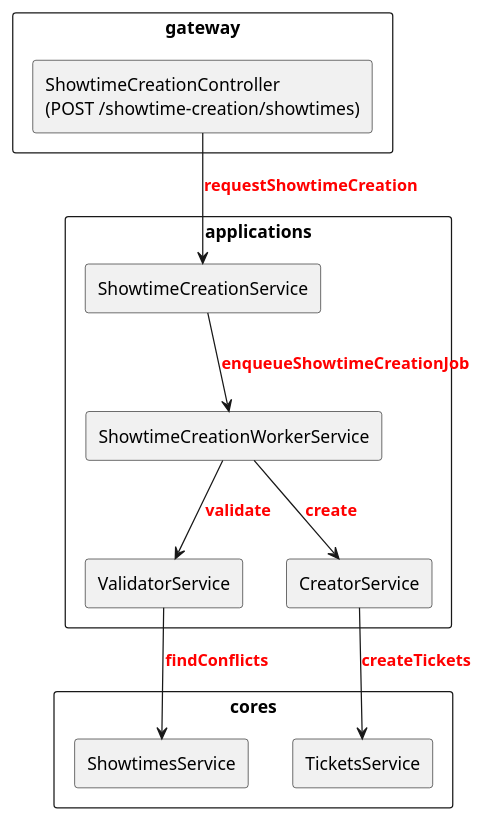
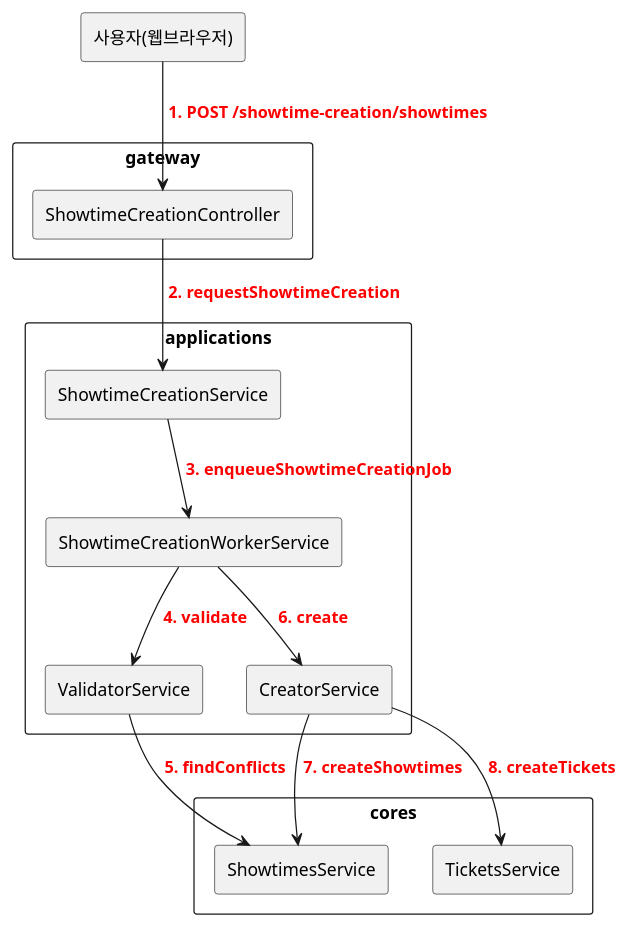
One commit to mannercode/mannercode.github.io changed diagram 20 of 20 in _posts/2026-06-11-backend-design-4.md. Above: the diagram before and after it, drawn with PlantUML. The commit also changed other lines of this file and 2 other files, not shown here.

```diff
--- a/_posts/2026-06-11-backend-design-4.md
+++ b/_posts/2026-06-11-backend-design-4.md
@@ -95,32 +722,36 @@
 {% plantuml %}
 @startuml
 skinparam componentStyle rectangle
 skinparam packageStyle rectangle
 skinparam shadowing false
 top to bottom direction
 
+component "사용자(웹브라우저)" as User
+
 package "gateway" {
-component "ShowtimeCreationController\n(POST /showtime-creation/showtimes)" as GController
+component "ShowtimeCreationController" as GController
 }
 
 package "applications" {
 component "ShowtimeCreationService" as AService
 component "ShowtimeCreationWorkerService" as AWorker
 component "ValidatorService" as AValidator
 component "CreatorService" as ACreator
 
-AService --> AWorker : <b><color:red>enqueueShowtimeCreationJob</color></b>
-AWorker --> AValidator : <b><color:red>validate</color></b>
-AWorker --> ACreator : <b><color:red>create</color></b>
+AService --> AWorker : <b><color:red> 3. enqueueShowtimeCreationJob</color></b>
+AWorker --> AValidator : <b><color:red> 4. validate</color></b>
+AWorker --> ACreator : <b><color:red> 6. create</color></b>
 }
 
 package "cores" {
 component "ShowtimesService" as CShowtimes
 component "TicketsService" as CTickets
 }
 
-GController --> AService : <b><color:red>requestShowtimeCreation</color></b>
-ACreator --> CTickets : <b><color:red>createTickets</color></b>
-AValidator --> CShowtimes : <b><color:red>findConflicts</color></b>
+User --> GController : <b><color:red> 1. POST /showtime-creation/showtimes</color></b>
+GController --> AService : <b><color:red> 2. requestShowtimeCreation</color></b>
+AValidator --> CShowtimes : <b><color:red> 5. findConflicts</color></b>
+ACreator --> CShowtimes : <b><color:red> 7. createShowtimes</color></b>
+ACreator --> CTickets : <b><color:red> 8. createTickets</color></b>
 @enduml
 {% endplantuml %}
```
